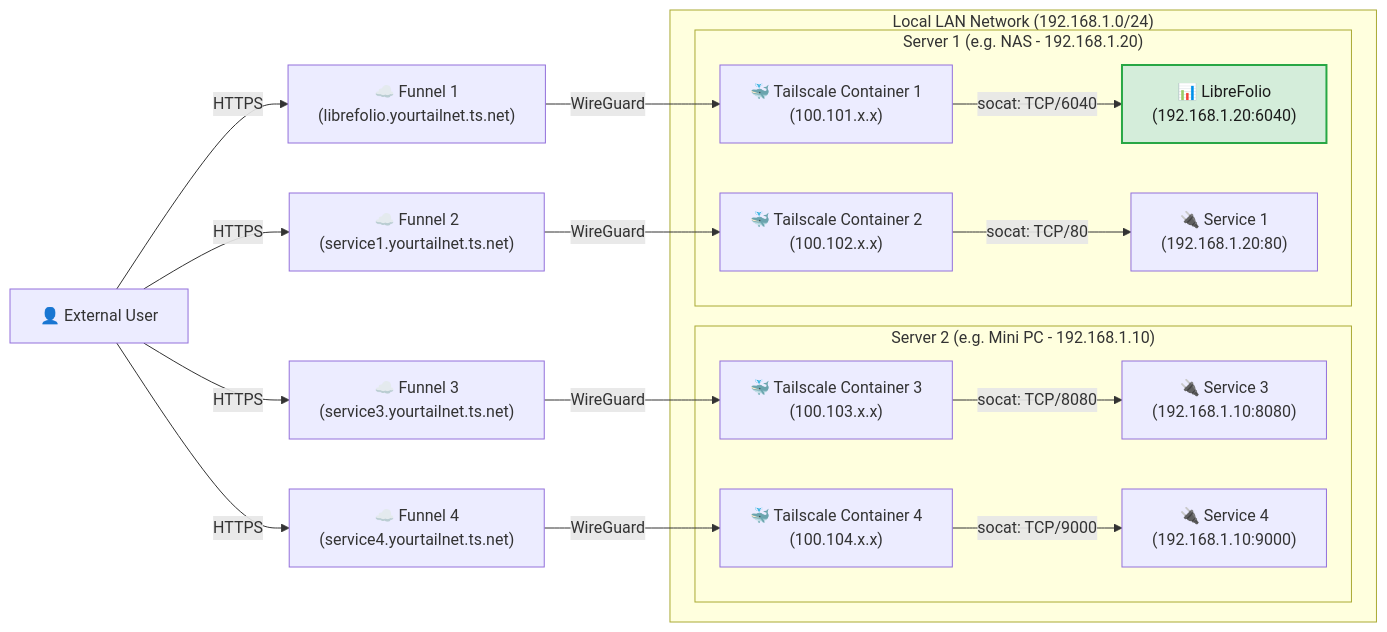
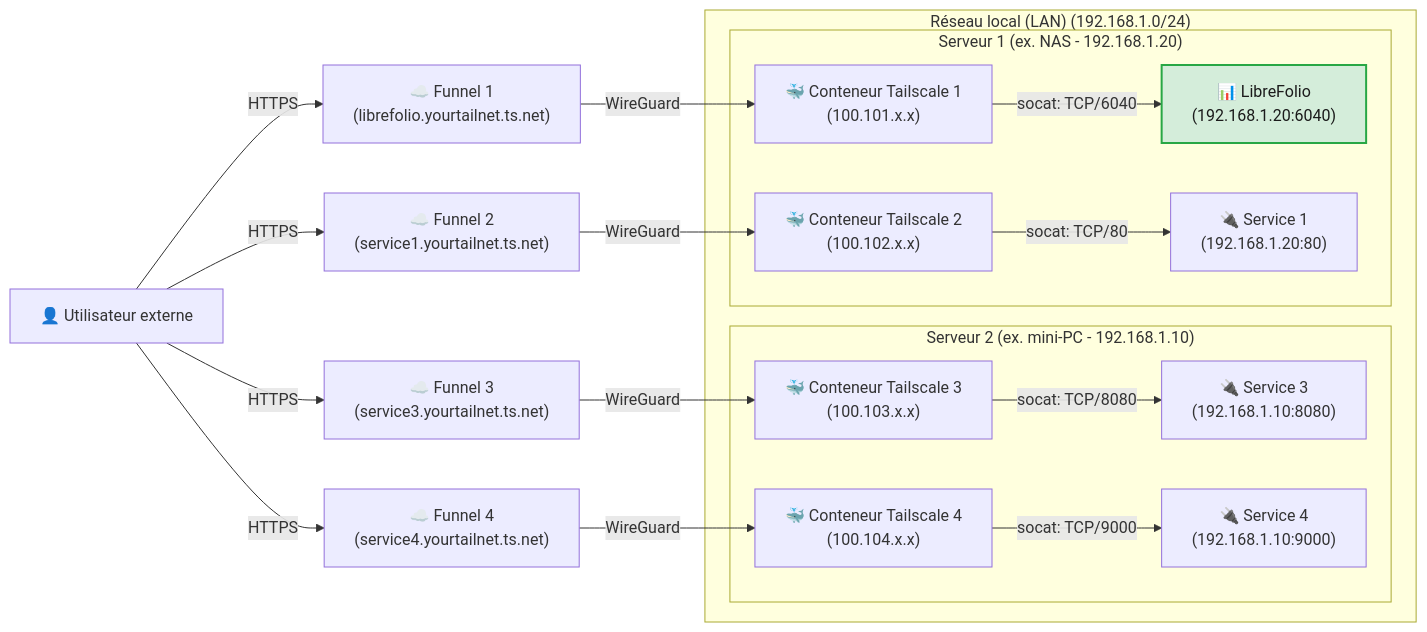
The second of 2 diagrams in mkdocs_src/docs/admin/service_exposure_funnel.fr.md (Librefolio/LibreFolio), drawn with Mermaid before and after one commit. The commit also changed other lines of this file and 2 other files, not shown here.

Commit message:
docs(admin): service_exposure_funnel translated by hand from the Italian page into English, French and Spanish

````diff
--- a/mkdocs_src/docs/admin/service_exposure_funnel.fr.md
+++ b/mkdocs_src/docs/admin/service_exposure_funnel.fr.md
@@ -142,24 +149,24 @@
 ```mermaid
 graph LR
-    User["👤 External User"] -->|HTTPS| Funnel1["☁️ Funnel 1<br>(librefolio.yourtailnet.ts.net)"]
+    User["👤 Utilisateur externe"] -->|HTTPS| Funnel1["☁️ Funnel 1<br>(librefolio.yourtailnet.ts.net)"]
     User -->|HTTPS| Funnel2["☁️ Funnel 2<br>(service1.yourtailnet.ts.net)"]
     User -->|HTTPS| Funnel3["☁️ Funnel 3<br>(service3.yourtailnet.ts.net)"]
     User -->|HTTPS| Funnel4["☁️ Funnel 4<br>(service4.yourtailnet.ts.net)"]
     
-    Funnel1 -->|WireGuard| TSC1["🐳 Tailscale Container 1<br>(100.101.x.x)"]
-    Funnel2 -->|WireGuard| TSC2["🐳 Tailscale Container 2<br>(100.102.x.x)"]
-    Funnel3 -->|WireGuard| TSC3["🐳 Tailscale Container 3<br>(100.103.x.x)"]
-    Funnel4 -->|WireGuard| TSC4["🐳 Tailscale Container 4<br>(100.104.x.x)"]
+    Funnel1 -->|WireGuard| TSC1["🐳 Conteneur Tailscale 1<br>(100.101.x.x)"]
+    Funnel2 -->|WireGuard| TSC2["🐳 Conteneur Tailscale 2<br>(100.102.x.x)"]
+    Funnel3 -->|WireGuard| TSC3["🐳 Conteneur Tailscale 3<br>(100.103.x.x)"]
+    Funnel4 -->|WireGuard| TSC4["🐳 Conteneur Tailscale 4<br>(100.104.x.x)"]
     
-    subgraph LAN ["Local LAN Network (192.168.1.0/24)"]
-        subgraph Host2 ["Server 2 (e.g. Mini PC - 192.168.1.10)"]
+    subgraph LAN ["Réseau local (LAN) (192.168.1.0/24)"]
+        subgraph Host2 ["Serveur 2 (ex. mini-PC - 192.168.1.10)"]
             TSC3 -->|socat: TCP/8080| Service3["🔌 Service 3<br>(192.168.1.10:8080)"]
             TSC4 -->|socat: TCP/9000| Service4["🔌 Service 4<br>(192.168.1.10:9000)"]
         end
-        subgraph Host1 ["Server 1 (e.g. NAS - 192.168.1.20)"]
+        subgraph Host1 ["Serveur 1 (ex. NAS - 192.168.1.20)"]
             TSC1 -->|socat: TCP/6040| LibreFolio["📊 LibreFolio<br>(192.168.1.20:6040)"]
             TSC2 -->|socat: TCP/80| Service1["🔌 Service 1<br>(192.168.1.20:80)"]
         end
     end
     style LibreFolio fill:#d4edda,color:#1b1b1b,stroke:#28a745,stroke-width:2px;
 ```
````
